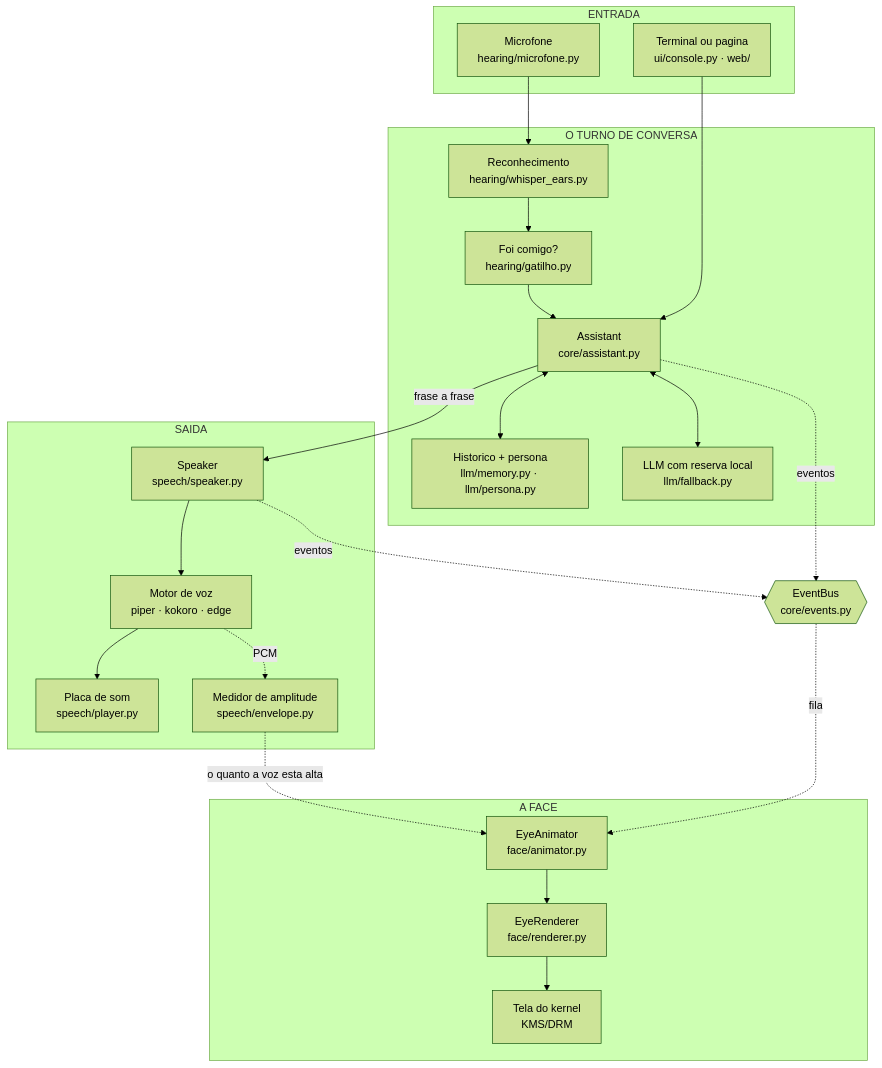
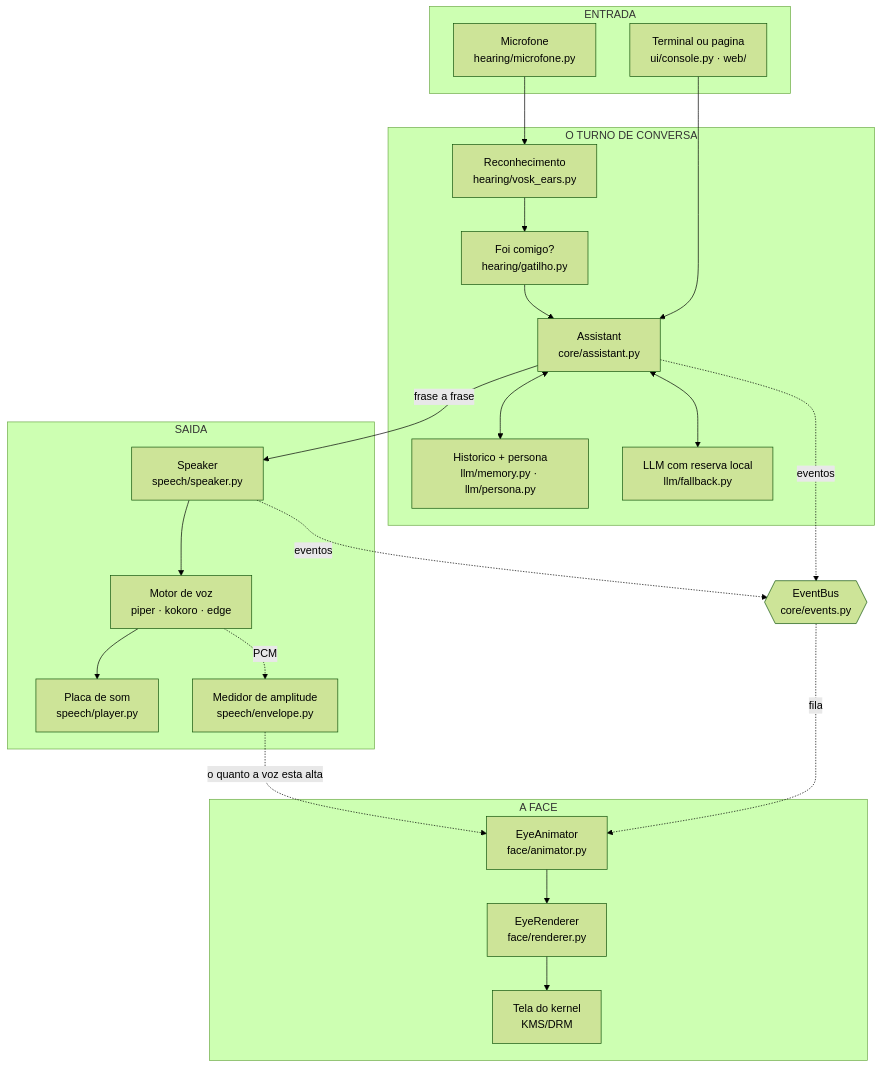
The first of 3 diagrams in COMO-FUNCIONA.md (setrem-robot/atlas_ai_v2), drawn with Mermaid (forest theme) before and after one commit. The commit also changed other lines of this file and 7 other files, not shown here.

````diff
--- a/COMO-FUNCIONA.md
+++ b/COMO-FUNCIONA.md
@@ -28,45 +28,45 @@
 ```mermaid
 flowchart TB
     subgraph ENTRADA["ENTRADA"]
         MIC["Microfone<br/>hearing/microfone.py"]
         TEXTO["Terminal ou pagina<br/>ui/console.py · web/"]
     end
 
     subgraph CEREBRO["O TURNO DE CONVERSA"]
-        STT["Reconhecimento<br/>hearing/whisper_ears.py"]
+        STT["Reconhecimento<br/>hearing/vosk_ears.py"]
         GATILHO["Foi comigo?<br/>hearing/gatilho.py"]
         ASSIST["Assistant<br/>core/assistant.py"]
         MEM["Historico + persona<br/>llm/memory.py · llm/persona.py"]
         LLM["LLM com reserva local<br/>llm/fallback.py"]
     end
 
     subgraph SAIDA["SAIDA"]
         SPEAKER["Speaker<br/>speech/speaker.py"]
         TTS["Motor de voz<br/>piper · kokoro · edge"]
         SINK["Placa de som<br/>speech/player.py"]
         ENV["Medidor de amplitude<br/>speech/envelope.py"]
     end
 
     subgraph FACE["A FACE"]
         ANIM["EyeAnimator<br/>face/animator.py"]
         REND["EyeRenderer<br/>face/renderer.py"]
         TELA["Tela do kernel<br/>KMS/DRM"]
     end
 
     BUS{{"EventBus<br/>core/events.py"}}
 
     MIC --> STT --> GATILHO --> ASSIST
     TEXTO --> ASSIST
     ASSIST <--> MEM
     ASSIST <--> LLM
     ASSIST -- "frase a frase" --> SPEAKER
     SPEAKER --> TTS --> SINK
     TTS -. "PCM" .-> ENV
     ENV -. "o quanto a voz esta alta" .-> ANIM
     ANIM --> REND --> TELA
 
     ASSIST -. "eventos" .-> BUS
     SPEAKER -. "eventos" .-> BUS
     BUS -. "fila" .-> ANIM
 
 ```
````
